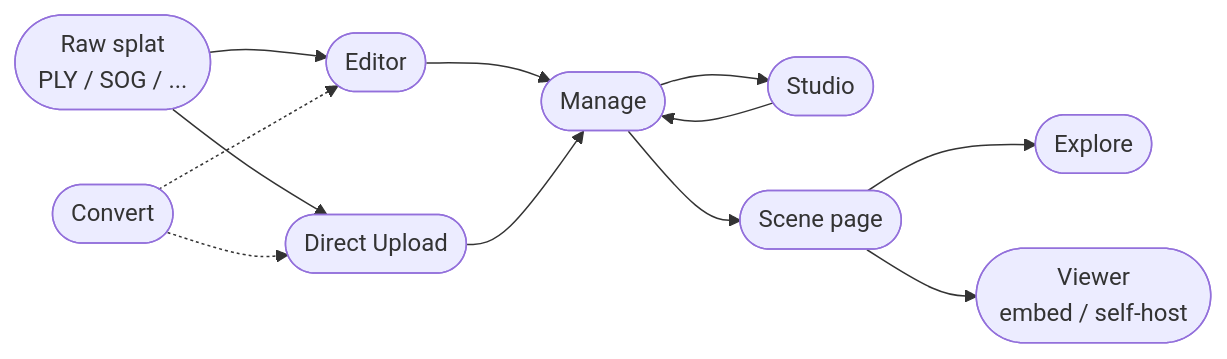
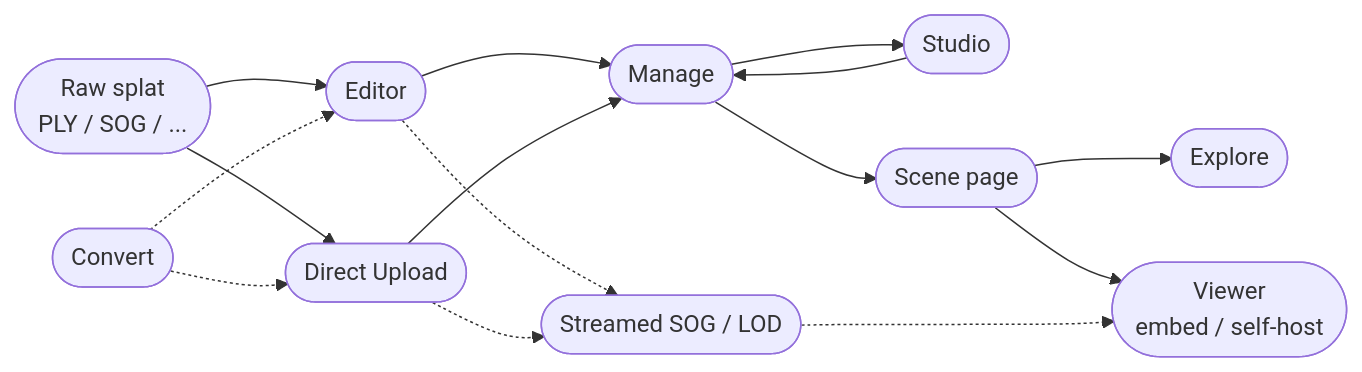
The diagram in docs/user-manual/supersplat/index.md (playcanvas/developer-site), drawn with Mermaid before and after one commit. The commit also changed other lines of this file and 2 other files, not shown here.

Commit message:
Surface the Streaming page and regroup it in the SuperSplat docs (#1022)
- Sidebar: move Streaming from after Manage to just before Viewer, so the
  delivery/runtime topics (Streaming, Viewer) sit together rather than
  interrupting the creator-surfaces run.
- Overview (index.md): the Streaming page was previously unreferenced from
  the SuperSplat landing page. Add it as a behind-the-scenes node in the
  mermaid diagram (Editor/Upload -.-> Streamed SOG / LOD -.-> Viewer) and a
  one-line link after the platform table.

EN + JA.

````diff
--- a/docs/user-manual/supersplat/index.md
+++ b/docs/user-manual/supersplat/index.md
@@ -10,21 +10,25 @@
 ```mermaid
 flowchart LR
     PLY([Raw splat<br/>PLY / SOG / ...])
     Editor([Editor])
     Upload([Direct Upload])
     Manage([Manage])
     Studio([Studio])
     Scene([Scene page])
     Explore([Explore])
     Viewer([Viewer<br/>embed / self-host])
     Convert([Convert])
+    Streaming([Streamed SOG / LOD])
 
     PLY --> Editor --> Manage
     PLY --> Upload --> Manage
     Convert -.-> Editor
     Convert -.-> Upload
     Manage --> Studio --> Manage
     Manage --> Scene
     Scene --> Explore
     Scene --> Viewer
+    Editor -.-> Streaming
+    Upload -.-> Streaming
+    Streaming -.-> Viewer
 ```
````
